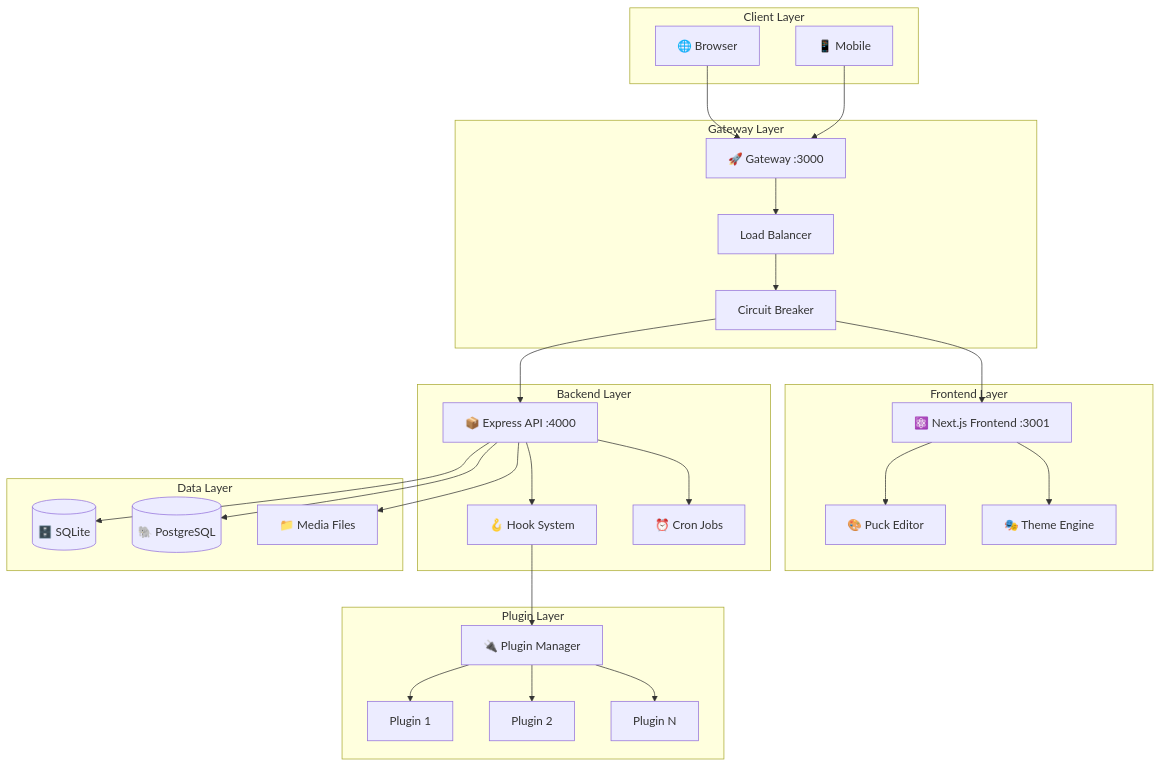
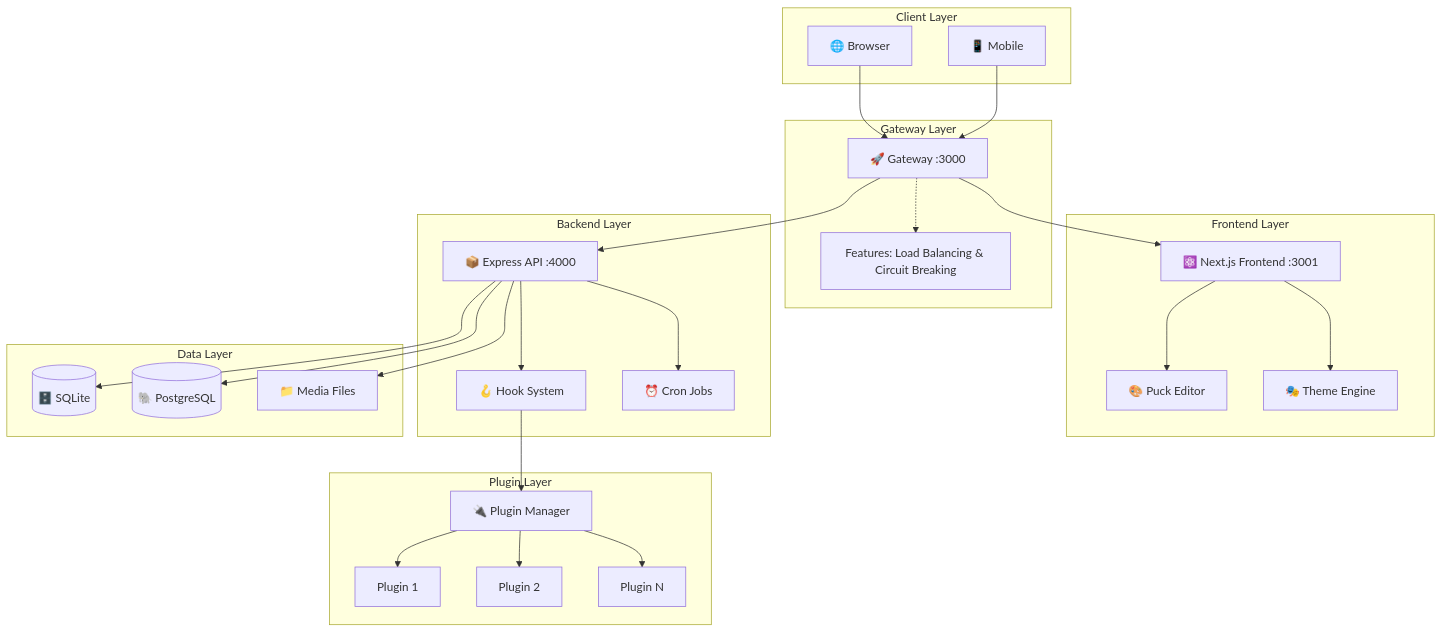
Before and after one commit to jaimemartinez/wordjs: the first of 10 diagrams in documentation/architecture.md, drawn with Mermaid. The commit also changed 1 other file, not shown here.

Commit message:
Update: Gateway scripts, JWT config, and Architecture docs

````diff
--- a/documentation/architecture.md
+++ b/documentation/architecture.md
@@ -9,56 +9,54 @@
 ```mermaid
 graph TB
     subgraph "Client Layer"
         Browser[🌐 Browser]
         Mobile[📱 Mobile]
     end
 
     subgraph "Gateway Layer"
         Gateway[🚀 Gateway :3000]
-        LB[Load Balancer]
-        Circuit[Circuit Breaker]
+        note[Features: Load Balancing & Circuit Breaking]
+        Gateway -.-> note
     end
 
     subgraph "Frontend Layer"
         NextJS[⚛️ Next.js Frontend :3001]
         Puck[🎨 Puck Editor]
         Themes[🎭 Theme Engine]
     end
 
     subgraph "Backend Layer"
         Express[📦 Express API :4000]
         Hooks[🪝 Hook System]
         Cron[⏰ Cron Jobs]
     end
 
     subgraph "Plugin Layer"
         PluginCore[🔌 Plugin Manager]
         Plugin1[Plugin 1]
         Plugin2[Plugin 2]
         PluginN[Plugin N]
     end
 
     subgraph "Data Layer"
         SQLite[(🗄️ SQLite)]
         PostgreSQL[(🐘 PostgreSQL)]
         MediaFS[📁 Media Files]
     end
 
     Browser --> Gateway
     Mobile --> Gateway
-    Gateway --> LB
-    LB --> Circuit
-    Circuit --> NextJS
-    Circuit --> Express
+    Gateway --> NextJS
+    Gateway --> Express
     NextJS --> Puck
     NextJS --> Themes
     Express --> Hooks
     Express --> Cron
     Hooks --> PluginCore
     PluginCore --> Plugin1
     PluginCore --> Plugin2
     PluginCore --> PluginN
     Express --> SQLite
     Express --> PostgreSQL
     Express --> MediaFS
 ```
````
